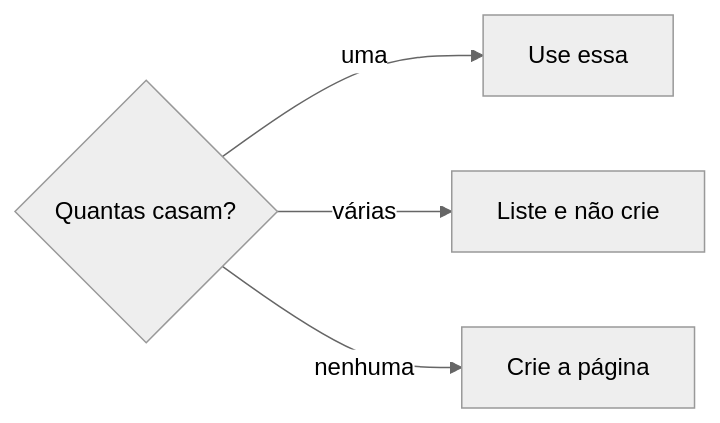
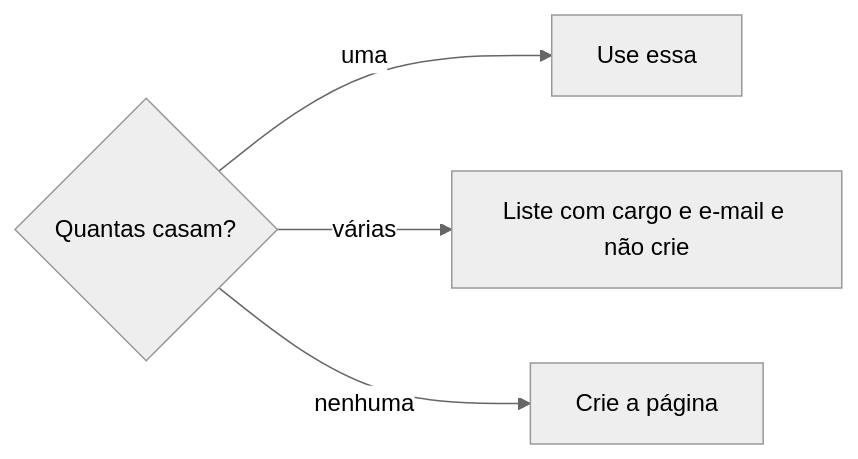
One commit to jimmyandrade/harness changed the second of 3 diagrams in .agents/skills/definir-pessoa/SKILL.md. Above: the diagram before and after it, drawn with Mermaid (neutral theme). The commit also changed other lines of this file and 1 other file, not shown here.

````diff
--- a/.agents/skills/definir-pessoa/SKILL.md
+++ b/.agents/skills/definir-pessoa/SKILL.md
@@ -60,6 +64,6 @@
 ```mermaid
 flowchart LR
   B{Quantas casam?} -->|uma| U[Use essa]
-  B -->|várias| L[Liste e não crie]
+  B -->|várias| L[Liste com cargo e e-mail e não crie]
   B -->|nenhuma| C[Crie a página]
 ```
````
